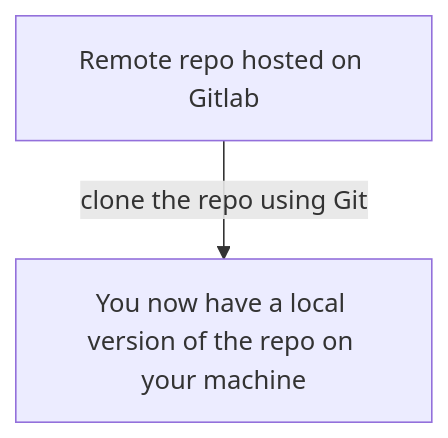
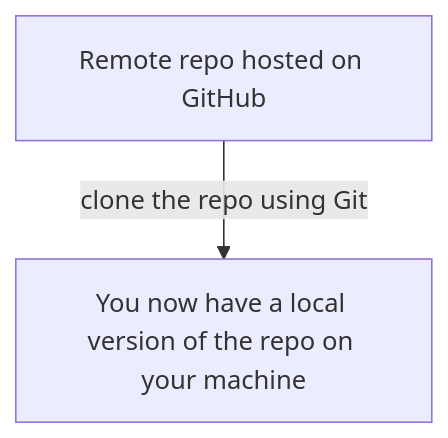
One commit to life-itself/tao changed the first of 6 diagrams in git/README.md. Above: the diagram before and after it, drawn with Mermaid. The commit also changed other lines of this file and 8 other files, not shown here.

````diff
--- a/git/README.md
+++ b/git/README.md
@@ -25,7 +25,7 @@
 ```mermaid
 graph TD
 
-remote[Remote repo hosted on Gitlab]
+remote[Remote repo hosted on GitHub]
 remote --clone the repo using Git --> local[You now have a local version of the repo on your machine]
 
 ```
````
